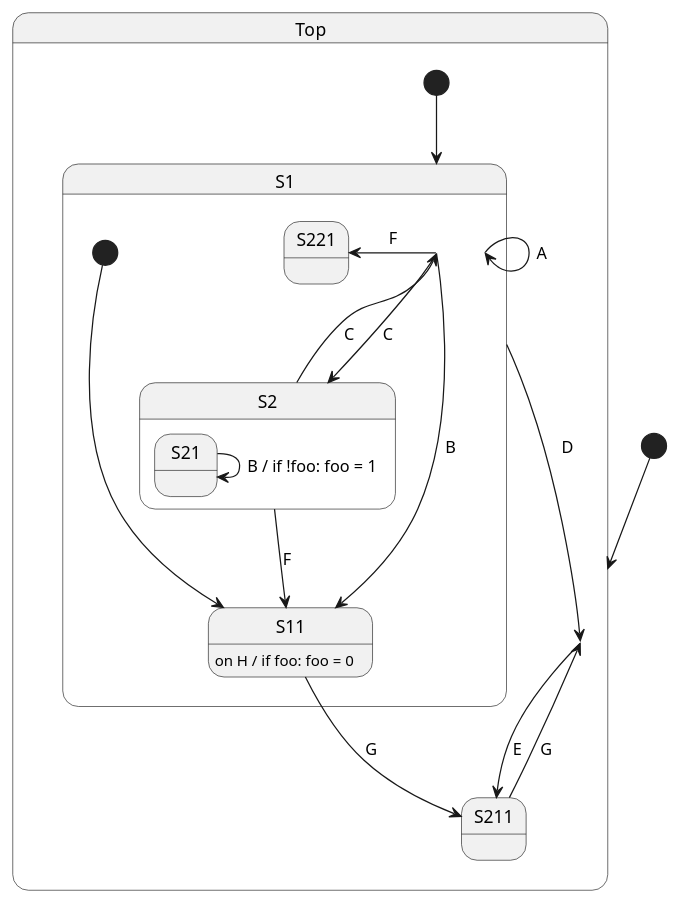
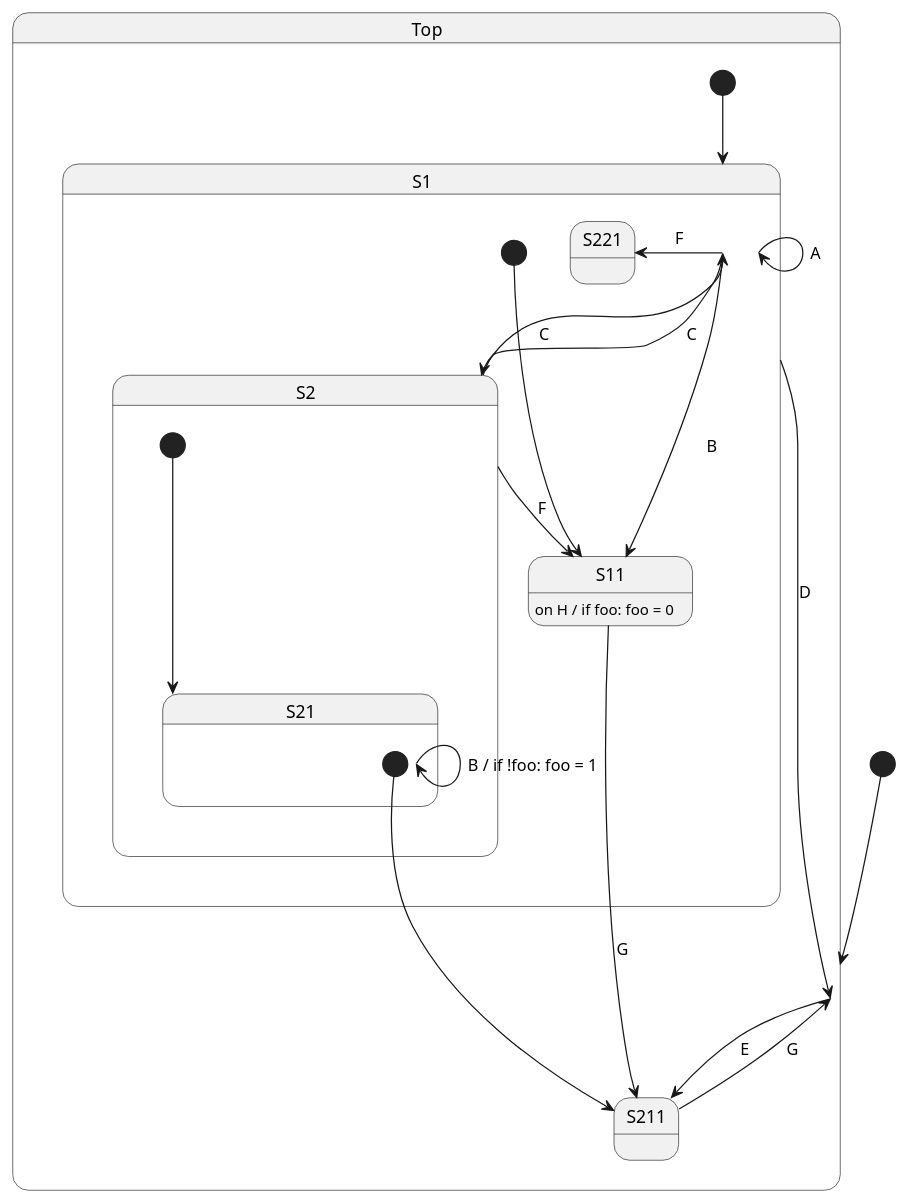
One commit to arecarn/cpp-sandbox changed the diagram in src/hierarchical_state_machine/readme.md. Above: the diagram before and after it, drawn with PlantUML. The commit also changed 2 other files, not shown here.

Commit message:
hierarchical_state_machine.demo: add tests of state transitions

````diff
--- a/src/hierarchical_state_machine/readme.md
+++ b/src/hierarchical_state_machine/readme.md
@@ -7,32 +7,34 @@
 ```plantuml
 [*] --> Top
 state Top {
     Top -> S211: E
     [*] --> S1
 
     state S1 {
         S1 --> S1: A
         S1 --> S11: B
         S1 --> S2: C
         S1 --> Top: D
         S1 --> S221: F
 
         [*] ---> S11
         state S11 {
             S11: on H / if foo: foo = 0
             S11 --> S211: G
         }
     }
 
     state S2 {
+        [*] ---> S21
         S2 --> S1: C
         S2 --> S11: F
         state S21 {
+            [*] ---> S211
             S21 -> S21: B / if !foo: foo = 1
-        }
-        state S211 {
-            S211 -u-> Top: G
+            state S211 {
+                S211 -u-> Top: G
+            }
         }
     }
 }
 ```
````
